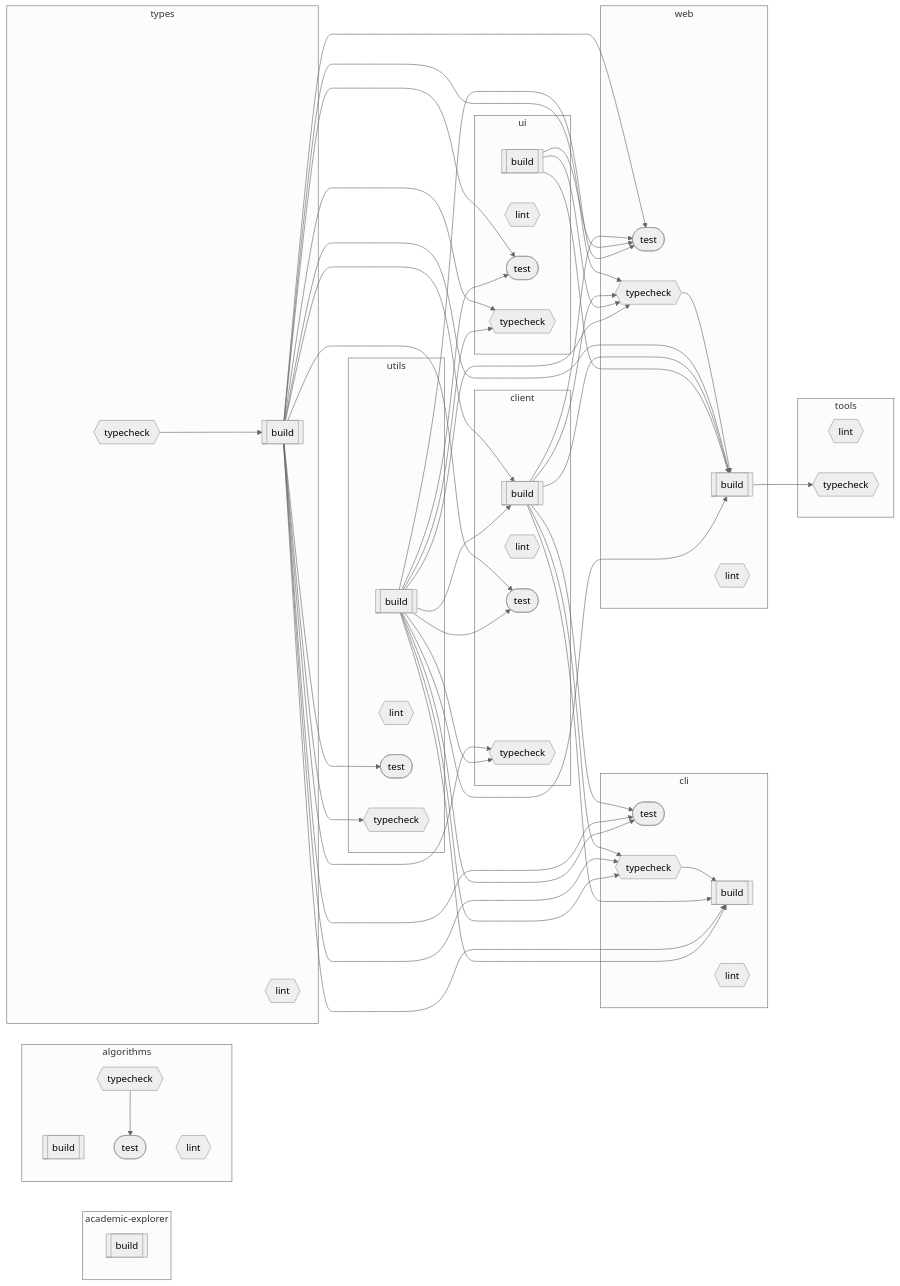
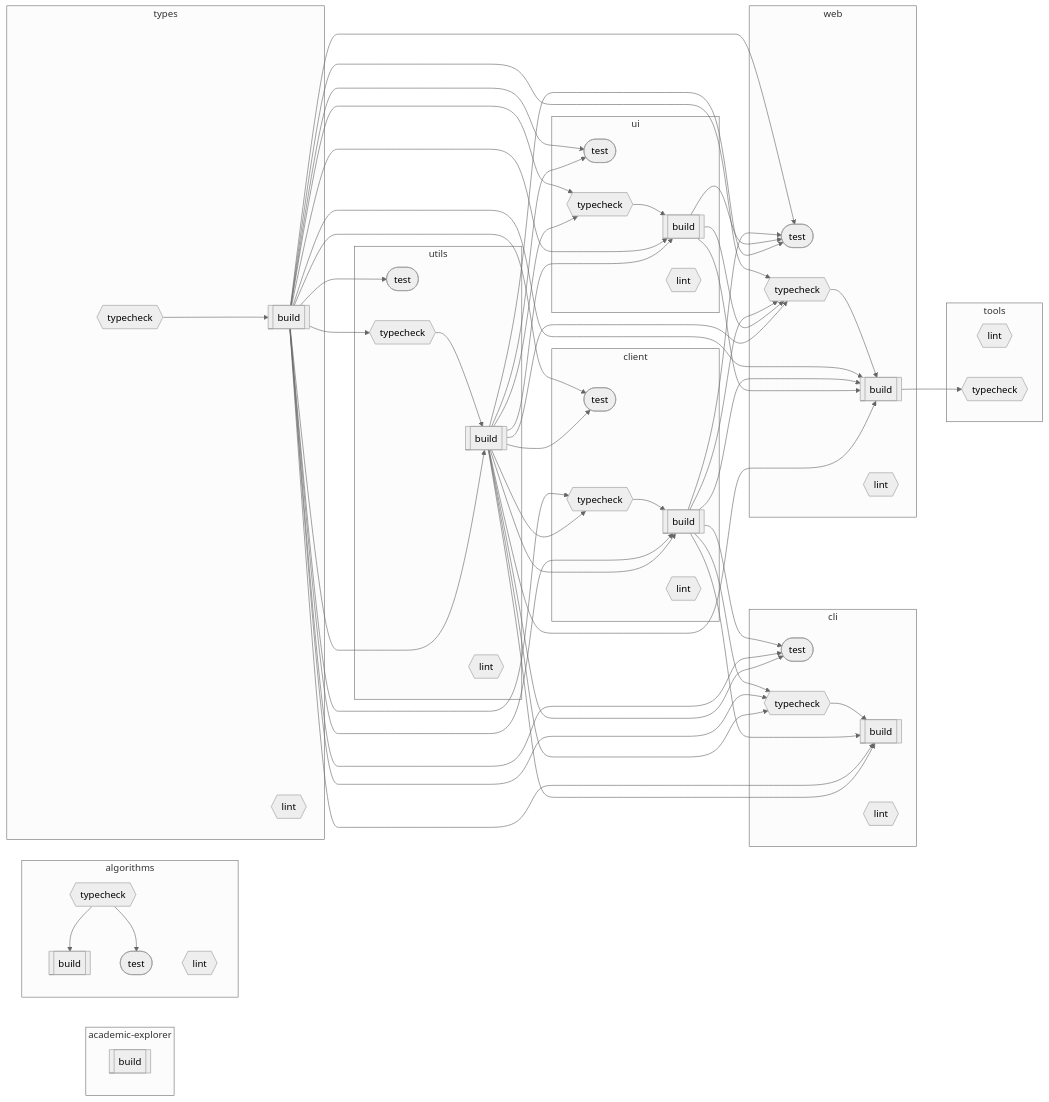
One commit to Mearman/Academic-Explorer changed the diagram in README.md. Above: the diagram before and after it, drawn with Mermaid (neutral theme).

Commit message:
docs(readme): update task dependency graph
Add missing build dependency edges now that packages inherit
from targetDefaults correctly.

```diff
--- a/README.md
+++ b/README.md
@@ -146,6 +146,7 @@
     end
 
     %% Task dependencies
+    algorithms_typecheck --> algorithms_build
     algorithms_typecheck --> algorithms_test
     cli_typecheck --> cli_build
     client_build --> cli_build
@@ -157,6 +158,7 @@
     client_build --> cli_typecheck
     types_build --> cli_typecheck
     utils_build --> cli_typecheck
+    client_typecheck --> client_build
     types_build --> client_build
     utils_build --> client_build
     types_build --> client_test
@@ -165,10 +167,15 @@
     utils_build --> client_typecheck
     web_build --> tools_typecheck
     types_typecheck --> types_build
+    ui_typecheck --> ui_build
+    types_build --> ui_build
+    utils_build --> ui_build
     types_build --> ui_test
     utils_build --> ui_test
     types_build --> ui_typecheck
     utils_build --> ui_typecheck
+    utils_typecheck --> utils_build
+    types_build --> utils_build
     types_build --> utils_test
     types_build --> utils_typecheck
     web_typecheck --> web_build
```
